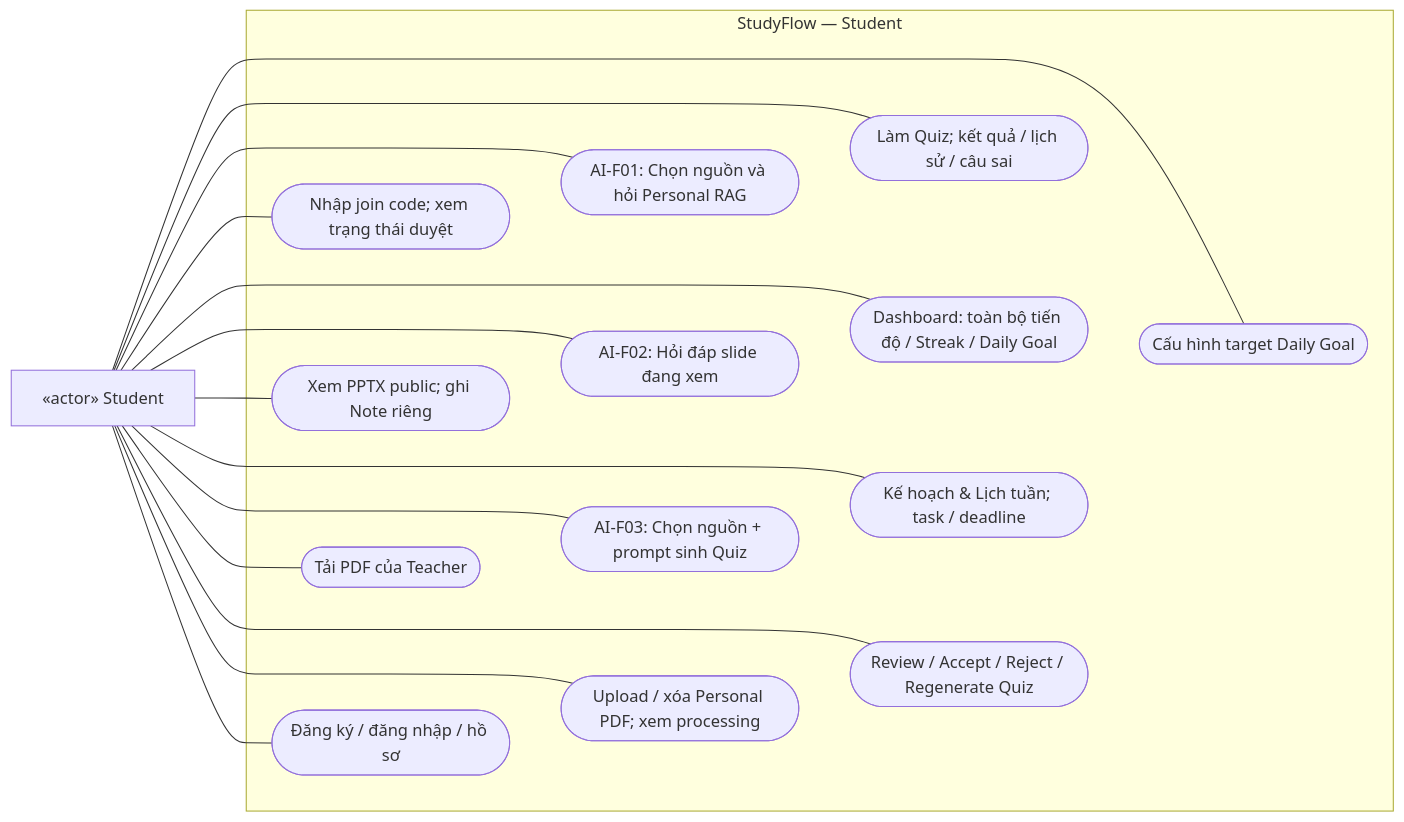
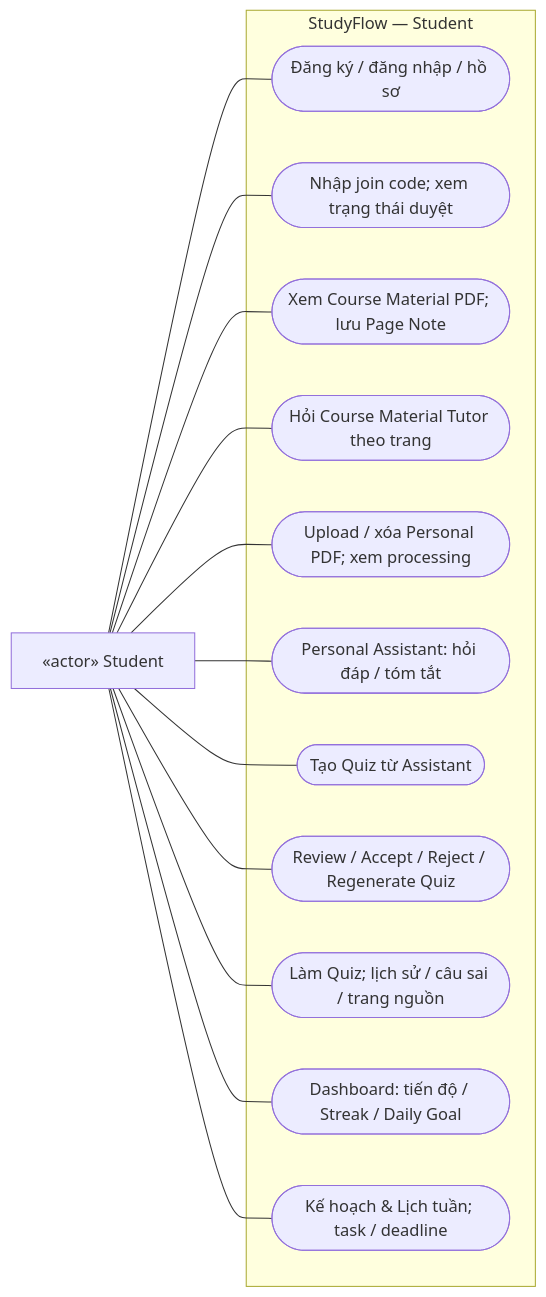
The diagram in docs/diagrams/chuong-2/use-case-02-student.mmd (bch7504/DATN), drawn with Mermaid before and after one commit. The commit also changed 128 other files, not shown here.

Commit message:
feat: align StudyFlow with PDF AI assistant flow

```diff
--- a/docs/diagrams/chuong-2/use-case-02-student.mmd
+++ b/docs/diagrams/chuong-2/use-case-02-student.mmd
@@ -1,22 +1,16 @@
 flowchart LR
   S["«actor» Student"]
   subgraph SYS["StudyFlow — Student"]
     A(["Đăng ký / đăng nhập / hồ sơ"])
     B(["Nhập join code; xem trạng thái duyệt"])
-    C(["Xem PPTX public; ghi Note riêng"])
-    D(["Tải PDF của Teacher"])
+    C(["Xem Course Material PDF; lưu Page Note"])
+    D(["Hỏi Course Material Tutor theo trang"])
     E(["Upload / xóa Personal PDF; xem processing"])
-    F(["AI-F01: Chọn nguồn và hỏi Personal RAG"])
-    G(["AI-F02: Hỏi đáp slide đang xem"])
-    H(["AI-F03: Chọn nguồn + prompt sinh Quiz"])
-    I(["Review / Accept / Reject / Regenerate Quiz"])
-    J(["Làm Quiz; kết quả / lịch sử / câu sai"])
-    K(["Dashboard: toàn bộ tiến độ / Streak / Daily Goal"])
-    L(["Kế hoạch & Lịch tuần; task / deadline"])
-    M(["Cấu hình target Daily Goal"])
+    F(["Personal Assistant: hỏi đáp / tóm tắt"])
+    G(["Tạo Quiz từ Assistant"])
+    H(["Review / Accept / Reject / Regenerate Quiz"])
+    I(["Làm Quiz; lịch sử / câu sai / trang nguồn"])
+    J(["Dashboard: tiến độ / Streak / Daily Goal"])
+    K(["Kế hoạch & Lịch tuần; task / deadline"])
   end
-  S --- A & B & C & D & E & F & G & H & I & J & K & L & M
-  A ~~~ E ~~~ I ~~~ M
-  B ~~~ F ~~~ J
-  C ~~~ G ~~~ K
-  D ~~~ H ~~~ L
+  S --- A & B & C & D & E & F & G & H & I & J & K
```
